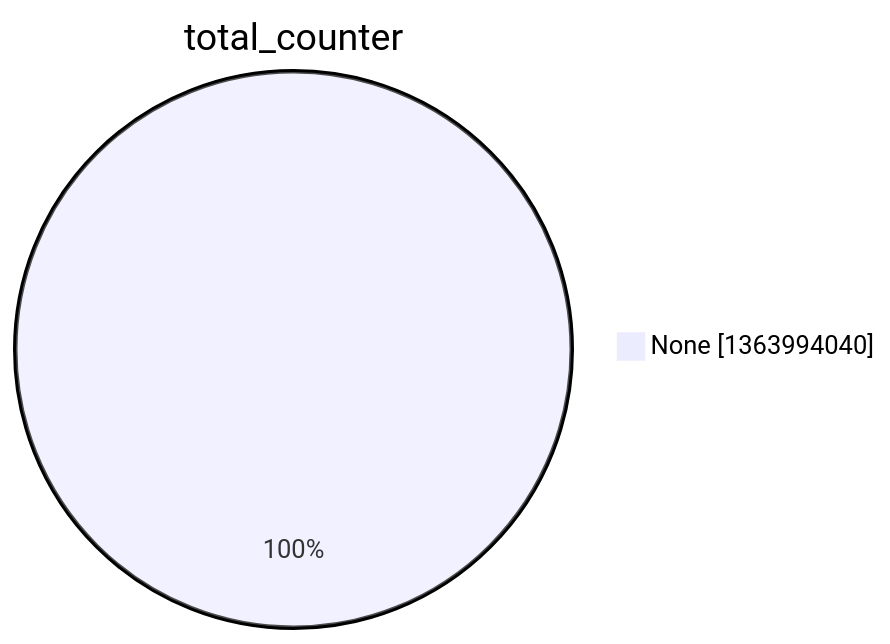
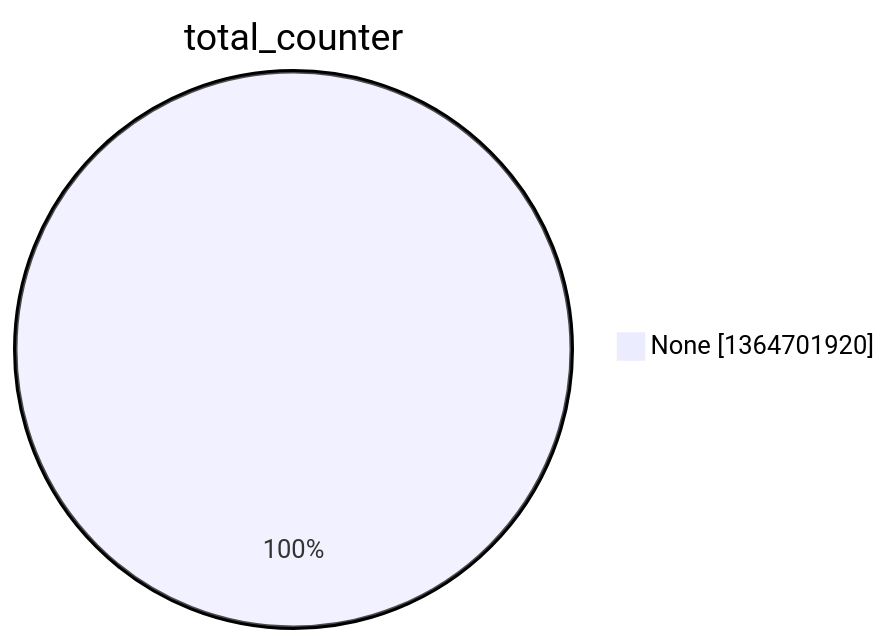
The second of 15 diagrams in argon2022/README.md (christiankrug/ctmonitor_visualization), drawn with Mermaid before and after one commit. The commit also changed other lines of this file, not shown here.

````diff
--- a/argon2022/README.md
+++ b/argon2022/README.md
@@ -9,5 +9,5 @@
 ```mermaid
 pie showData
 title total_counter
-"None" :1363994040
+"None" :1364701920
 ```
````
